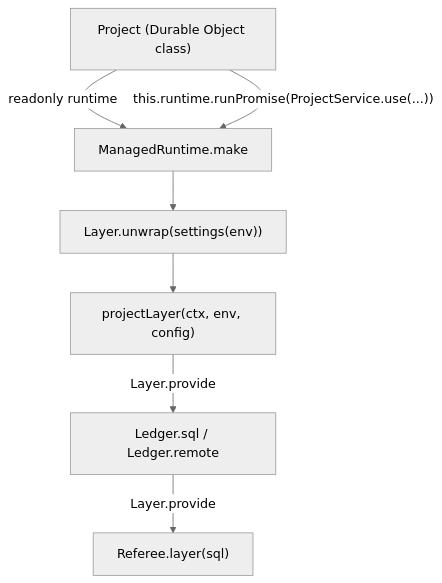
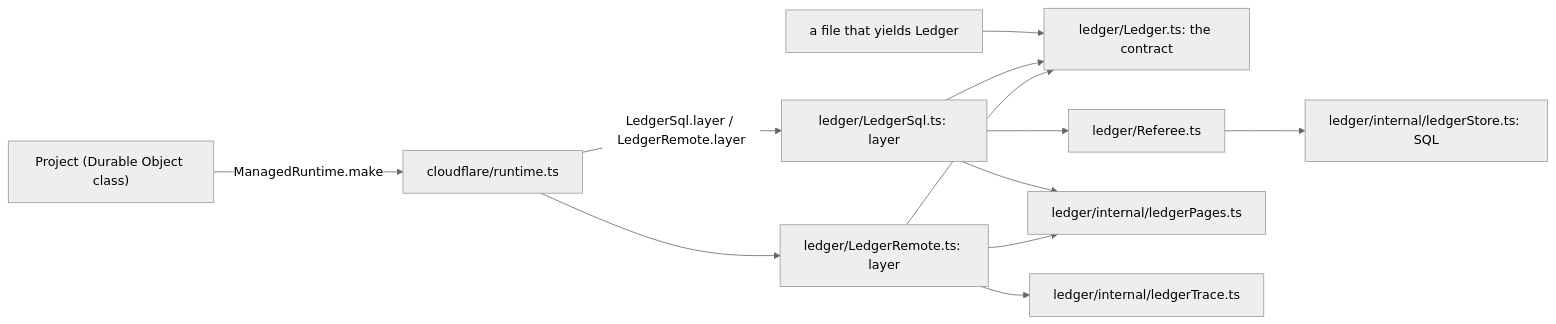
The diagram in .patterns/effect-services-and-layers.md (usirin/tea-fabrika), drawn with Mermaid (neutral theme) before and after one commit. The commit also changed other lines of this file and 44 other files, not shown here.

First line of the commit message:
T702: in next/, the Ledger service file holds only its contract (0095, slice 1) (#891)

````diff
--- a/.patterns/effect-services-and-layers.md
+++ b/.patterns/effect-services-and-layers.md
@@ -3,9 +3,14 @@
 ```mermaid
-flowchart TD
-  object["Project (Durable Object class)"] -- "readonly runtime" --> managed["ManagedRuntime.make"]
-  managed --> unwrap["Layer.unwrap(settings(env))"]
-  unwrap --> project["projectLayer(ctx, env, config)"]
-  project -- "Layer.provide" --> ledger["Ledger.sql / Ledger.remote"]
-  ledger -- "Layer.provide" --> referee["Referee.layer(sql)"]
-  object -- "this.runtime.runPromise(ProjectService.use(...))" --> managed
+flowchart LR
+  caller["a file that yields Ledger"] --> contract["ledger/Ledger.ts: the contract"]
+  sql["ledger/LedgerSql.ts: layer"] --> contract
+  remote["ledger/LedgerRemote.ts: layer"] --> contract
+  sql --> referee["ledger/Referee.ts"]
+  referee --> store["ledger/internal/ledgerStore.ts: SQL"]
+  sql --> pages["ledger/internal/ledgerPages.ts"]
+  remote --> pages
+  remote --> trace["ledger/internal/ledgerTrace.ts"]
+  runtime["cloudflare/runtime.ts"] -- "LedgerSql.layer / LedgerRemote.layer" --> sql
+  runtime --> remote
+  brain["Project (Durable Object class)"] -- "ManagedRuntime.make" --> runtime
 ```
````
